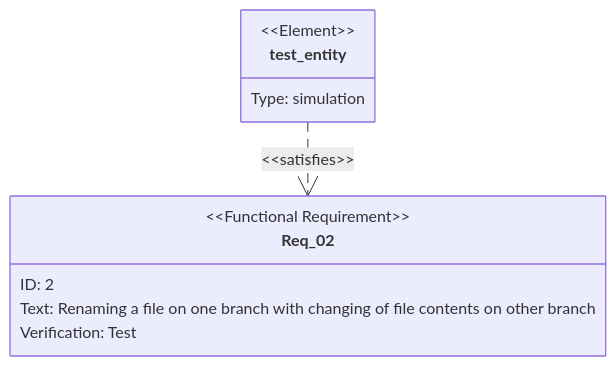
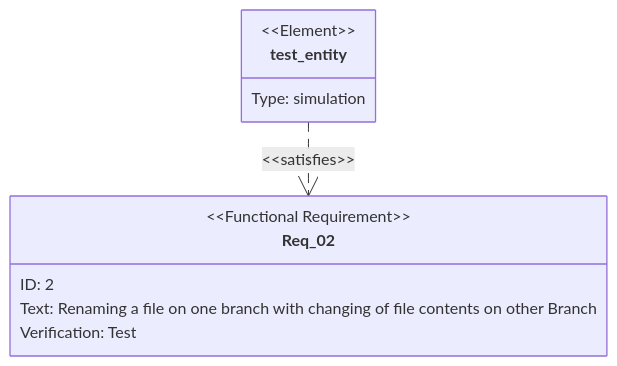
Before and after one commit to bavarius/git_playground: the third of 6 diagrams in TestCases.md, drawn with Mermaid. The commit also changed other lines of this file, not shown here.

Commit message:
Fix syntax of test #3

````diff
--- a/TestCases.md
+++ b/TestCases.md
@@ -38,16 +38,16 @@
 ```mermaid
 
     requirementDiagram
 
     functionalRequirement Req_02 {
         id: 2
-        text: Renaming a file on one branch with changing of file contents on other branch
+        text: Renaming a file on one branch with changing of file contents on other Branch
         verifymethod: test
     }
 
     element test_entity {
         type: simulation
     }
 
     test_entity - satisfies -> Req_02
 ```
````
